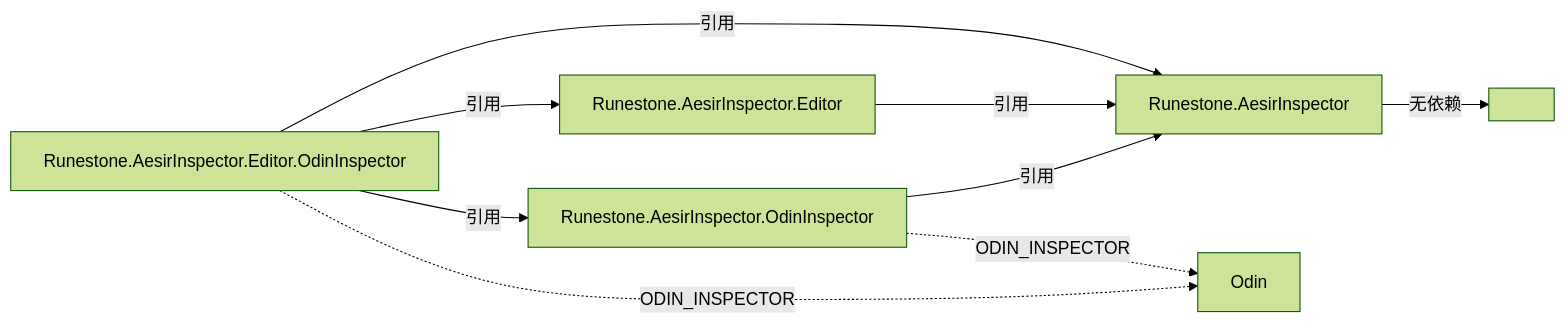
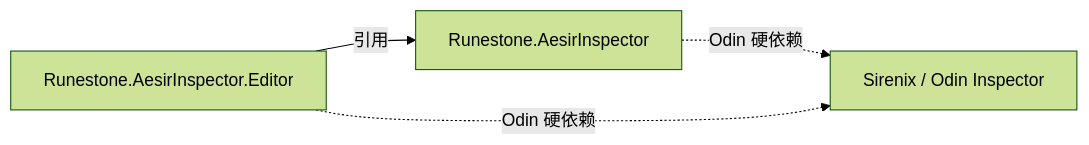
The second of 3 diagrams in Assets/Runestone/AesirInspector/Documentation~/development.md (yuumixcode/aesir-inspector), drawn with Mermaid (forest theme) before and after one commit. The commit also changed other lines of this file and 1270 other files, not shown here.

First line of the commit message:
refactor(package)!: 重构为标准 Unity Package 布局，Odin Inspector 转为硬依赖

````diff
--- a/Assets/Runestone/AesirInspector/Documentation~/development.md
+++ b/Assets/Runestone/AesirInspector/Documentation~/development.md
@@ -23,11 +23,6 @@
 ```mermaid
 graph LR
-    RT[Runestone.AesirInspector] -->|"无依赖"| None[ ]
+    RT[Runestone.AesirInspector] -.->|"Odin 硬依赖"| Odin[Sirenix / Odin Inspector]
     ED[Runestone.AesirInspector.Editor] -->|引用| RT
-    OW[Runestone.AesirInspector.OdinInspector] -->|引用| RT
-    OWE[Runestone.AesirInspector.Editor.OdinInspector] -->|引用| RT
-    OWE -->|引用| ED
-    OWE -->|引用| OW
-    OW -.->|ODIN_INSPECTOR| Odin
-    OWE -.->|ODIN_INSPECTOR| Odin
+    ED -.->|"Odin 硬依赖"| Odin
 ```
````
